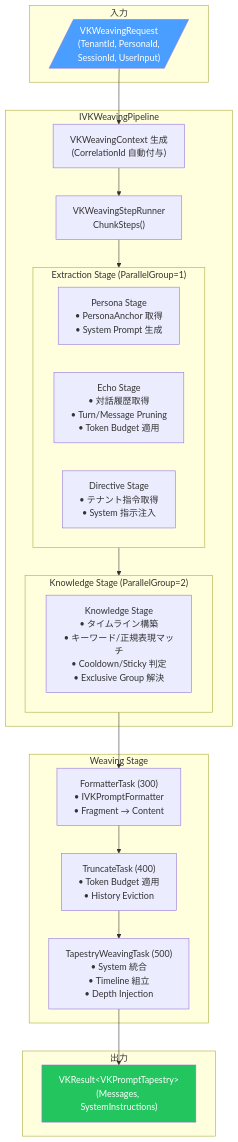
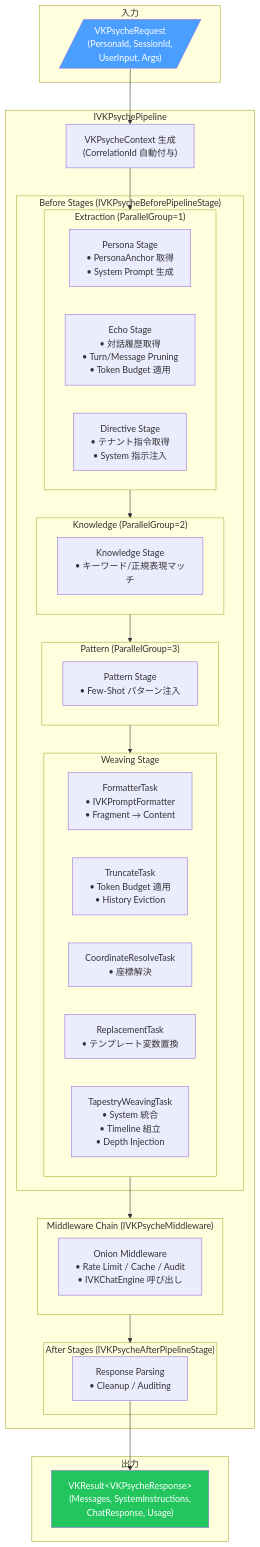
The diagram in src/BuildingBlocks/AI.Psyche/README.md (ViktorLK/VK-Common-BE), drawn with Mermaid before and after one commit. The commit also changed other lines of this file and 37 other files, not shown here.

````diff
--- a/src/BuildingBlocks/AI.Psyche/README.md
+++ b/src/BuildingBlocks/AI.Psyche/README.md
@@ -37,39 +38,59 @@
 ```mermaid
 flowchart TB
     subgraph Input ["入力"]
-        REQ[/"VKWeavingRequest<br/>(TenantId, PersonaId,<br/>SessionId, UserInput)"/]
+        REQ[/"VKPsycheRequest<br/>(PersonaId, SessionId,<br/>UserInput, Args)"/]
     end
 
-    subgraph Pipeline ["IVKWeavingPipeline"]
-        REQ --> CTX["VKWeavingContext 生成<br/>(CorrelationId 自動付与)"]
+    subgraph Pipeline ["IVKPsychePipeline"]
+        REQ --> CTX["VKPsycheContext 生成<br/>(CorrelationId 自動付与)"]
 
-        CTX --> CHUNK["VKWeavingStepRunner<br/>ChunkSteps()"]
+        subgraph Before ["Before Stages (IVKPsycheBeforePipelineStage)"]
+            subgraph Extraction ["Extraction (ParallelGroup=1)"]
+                direction LR
+                PERSONA["Persona Stage<br/>• PersonaAnchor 取得<br/>• System Prompt 生成"]
+                ECHO["Echo Stage<br/>• 対話履歴取得<br/>• Turn/Message Pruning<br/>• Token Budget 適用"]
+                DIRECTIVE["Directive Stage<br/>• テナント指令取得<br/>• System 指示注入"]
+            end
 
-        subgraph Extraction ["Extraction Stage (ParallelGroup=1)"]
-            direction LR
-            PERSONA["Persona Stage<br/>• PersonaAnchor 取得<br/>• System Prompt 生成"]
-            ECHO["Echo Stage<br/>• 対話履歴取得<br/>• Turn/Message Pruning<br/>• Token Budget 適用"]
-            DIRECTIVE["Directive Stage<br/>• テナント指令取得<br/>• System 指示注入"]
+            subgraph KnowledgePhase ["Knowledge (ParallelGroup=2)"]
+                KNOWLEDGE["Knowledge Stage<br/>• キーワード/正規表現マッチ"]
+            end
+
+            subgraph PatternPhase ["Pattern (ParallelGroup=3)"]
+                PATTERN["Pattern Stage<br/>• Few-Shot パターン注入"]
+            end
+
+            subgraph WeavingPhase ["Weaving Stage"]
+                FORMAT["FormatterTask<br/>• IVKPromptFormatter<br/>• Fragment → Content"]
+                TRUNC["TruncateTask<br/>• Token Budget 適用<br/>• History Eviction"]
+                COORD["CoordinateResolveTask<br/>• 座標解決"]
+                REPLACE["ReplacementTask<br/>• テンプレート変数置換"]
+                TAPESTRY["TapestryWeavingTask<br/>• System 統合<br/>• Timeline 組立<br/>• Depth Injection"]
+            end
         end
 
-        subgraph KnowledgePhase ["Knowledge Stage (ParallelGroup=2)"]
-            KNOWLEDGE["Knowledge Stage<br/>• タイムライン構築<br/>• キーワード/正規表現マッチ<br/>• Cooldown/Sticky 判定<br/>• Exclusive Group 解決"]
+        CTX --> Extraction
+        Extraction --> KnowledgePhase
+        KnowledgePhase --> PatternPhase
+        PatternPhase --> WeavingPhase
+
+        subgraph MWChain ["Middleware Chain (IVKPsycheMiddleware)"]
+            MW["Onion Middleware<br/>• Rate Limit / Cache / Audit<br/>• IVKChatEngine 呼び出し"]
         end
 
-        CHUNK --> Extraction
-        Extraction --> KnowledgePhase
-    end
+        WeavingPhase --> MWChain
 
-    subgraph Weaving ["Weaving Stage"]
-        KnowledgePhase --> FORMAT["FormatterTask (300)<br/>• IVKPromptFormatter<br/>• Fragment → Content"]
-        FORMAT --> TRUNC["TruncateTask (400)<br/>• Token Budget 適用<br/>• History Eviction"]
-        TRUNC --> TAPESTRY["TapestryWeavingTask (500)<br/>• System 統合<br/>• Timeline 組立<br/>• Depth Injection"]
+        subgraph After ["After Stages (IVKPsycheAfterPipelineStage)"]
+            AFTER["Response Parsing<br/>• Cleanup / Auditing"]
+        end
+
+        MWChain --> After
     end
 
     subgraph Output ["出力"]
-        TAPESTRY --> RESULT["VKResult&lt;VKPromptTapestry&gt;<br/>(Messages, SystemInstructions)"]
+        AFTER --> RESULT["VKResult&lt;VKPsycheResponse&gt;<br/>(Messages, SystemInstructions,<br/>ChatResponse, Usage)"]
     end
 
     style REQ fill:#4a9eff,color:#fff
     style RESULT fill:#22c55e,color:#fff
 ```
````
